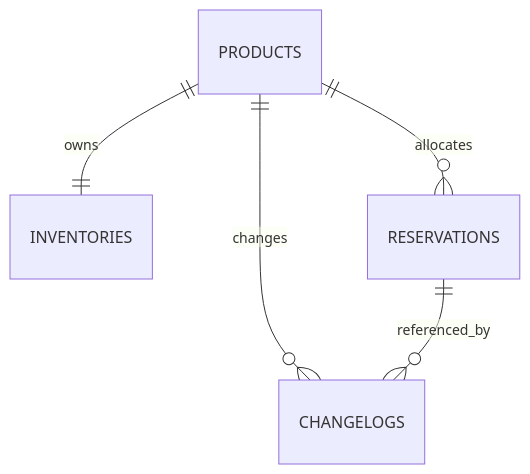
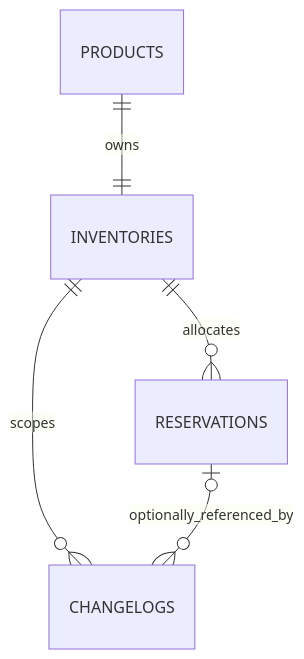
Before and after one commit to potzchan6969/grade10-spec: the diagram in openspec/changes/add-grade10-inventory/design.md, drawn with Mermaid. The commit also changed other lines of this file and 2 other files, not shown here.

Commit message:
docs(inventory): scope changelogs to inventory

````diff
--- a/openspec/changes/add-grade10-inventory/design.md
+++ b/openspec/changes/add-grade10-inventory/design.md
@@ -256,7 +263,7 @@
 ```mermaid
 erDiagram
   PRODUCTS ||--|| INVENTORIES : owns
-  PRODUCTS ||--o{ RESERVATIONS : allocates
-  PRODUCTS ||--o{ CHANGELOGS : changes
-  RESERVATIONS ||--o{ CHANGELOGS : referenced_by
+  INVENTORIES ||--o{ RESERVATIONS : allocates
+  INVENTORIES ||--o{ CHANGELOGS : scopes
+  RESERVATIONS o|--o{ CHANGELOGS : optionally_referenced_by
 ```
````
